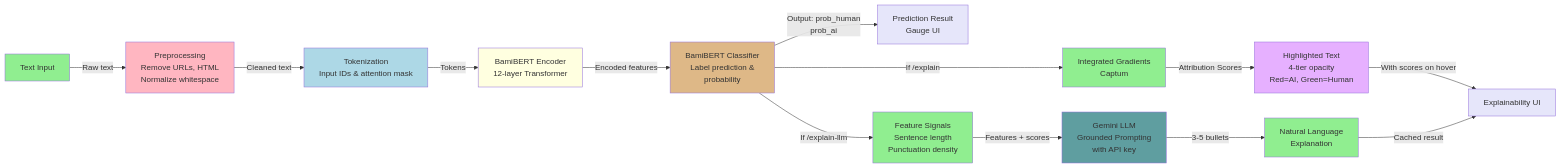
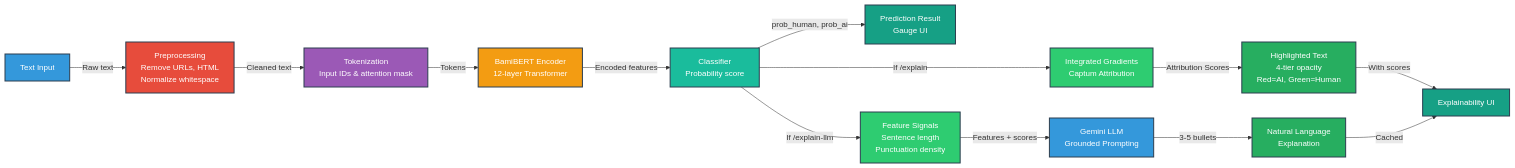
The diagram in README.md (deckardLong/ai-content-detection), drawn with Mermaid before and after one commit.

Commit message:
Chỉnh lại sơ đồ kiến trúc với màu sắc tương phản rõ ràng - không thêm icon, chỉ sửa màu khối và chữ

````diff
--- a/README.md
+++ b/README.md
@@ -88,31 +88,33 @@
 ```mermaid
 graph LR
     A["Text Input"] -->|Raw text| B["Preprocessing<br/>Remove URLs, HTML<br/>Normalize whitespace"]
     B -->|Cleaned text| C["Tokenization<br/>Input IDs & attention mask"]
     C -->|Tokens| D["BamiBERT Encoder<br/>12-layer Transformer"]
-    D -->|Encoded features| E["BamiBERT Classifier<br/>Label prediction &<br/>probability"]
+    D -->|Encoded features| E["Classifier<br/>Probability score"]
     
-    E -->|Output: prob_human<br/>prob_ai| F["Prediction Result<br/>Gauge UI"]
+    E -->|prob_human, prob_ai| F["Prediction Result<br/>Gauge UI"]
     
-    E -->|If /explain| G["Integrated Gradients<br/>Captum"]
+    E -->|If /explain| G["Integrated Gradients<br/>Captum Attribution"]
     G -->|Attribution Scores| H["Highlighted Text<br/>4-tier opacity<br/>Red=AI, Green=Human"]
-    H -->|With scores on hover| I["Explainability UI"]
+    H -->|With scores| I["Explainability UI"]
     
     E -->|If /explain-llm| J["Feature Signals<br/>Sentence length<br/>Punctuation density"]
-    J -->|Features + scores| K["Gemini LLM<br/>Grounded Prompting<br/>with API key"]
+    J -->|Features + scores| K["Gemini LLM<br/>Grounded Prompting"]
     K -->|3-5 bullets| L["Natural Language<br/>Explanation"]
-    L -->|Cached result| I
+    L -->|Cached| I
     
-    style A fill:#90EE90
-    style B fill:#FFB6C1
-    style C fill:#ADD8E6
-    style D fill:#FFFFE0
-    style E fill:#DEB887
-    style F fill:#E6E6FA
-    style G fill:#90EE90
-    style H fill:#E6B0FF
-    style I fill:#E6E6FA
-    style J fill:#90EE90
-    style K fill:#5F9EA0
-    style L fill:#90EE90
+    style A fill:#3498db,stroke:#2c3e50,stroke-width:2px,color:#fff
+    style B fill:#e74c3c,stroke:#2c3e50,stroke-width:2px,color:#fff
+    style C fill:#9b59b6,stroke:#2c3e50,stroke-width:2px,color:#fff
+    style D fill:#f39c12,stroke:#2c3e50,stroke-width:2px,color:#fff
+    style E fill:#1abc9c,stroke:#2c3e50,stroke-width:2px,color:#fff
+    style F fill:#16a085,stroke:#2c3e50,stroke-width:2px,color:#fff
+    
+    style G fill:#2ecc71,stroke:#2c3e50,stroke-width:2px,color:#fff
+    style H fill:#27ae60,stroke:#2c3e50,stroke-width:2px,color:#fff
+    style I fill:#16a085,stroke:#2c3e50,stroke-width:2px,color:#fff
+    
+    style J fill:#2ecc71,stroke:#2c3e50,stroke-width:2px,color:#fff
+    style K fill:#3498db,stroke:#2c3e50,stroke-width:2px,color:#fff
+    style L fill:#27ae60,stroke:#2c3e50,stroke-width:2px,color:#fff
 ```
````
